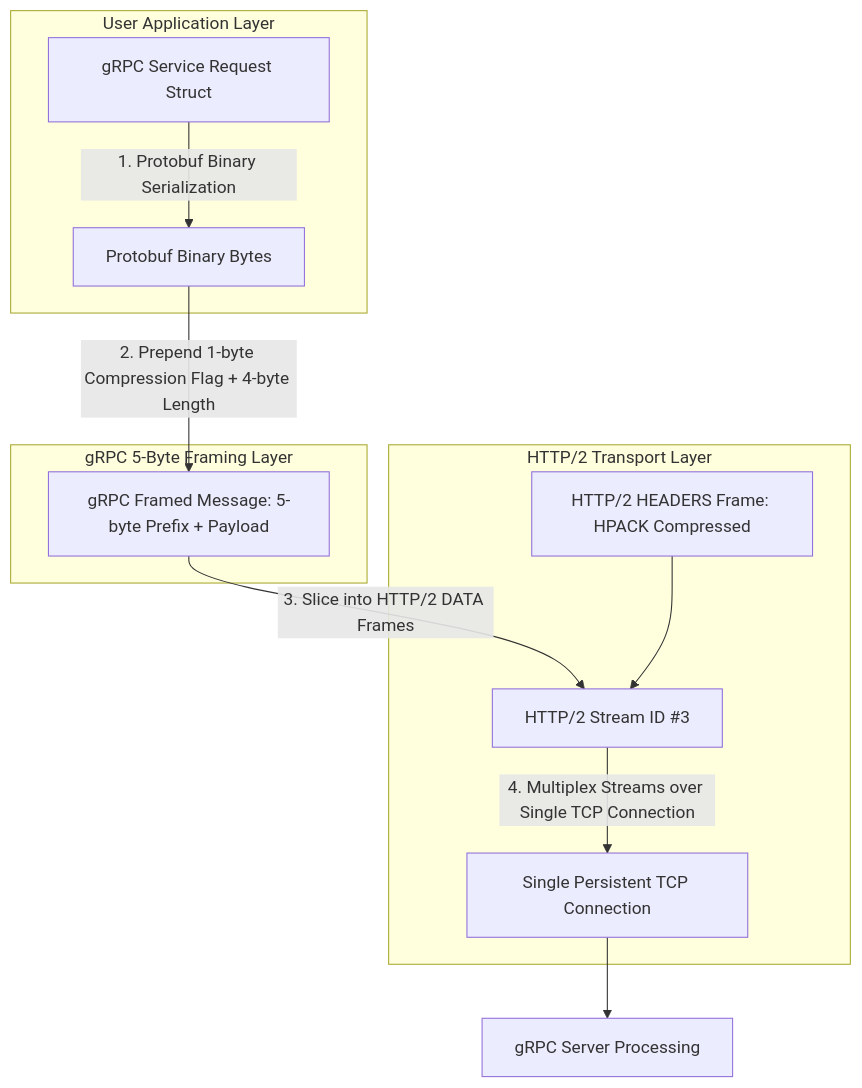
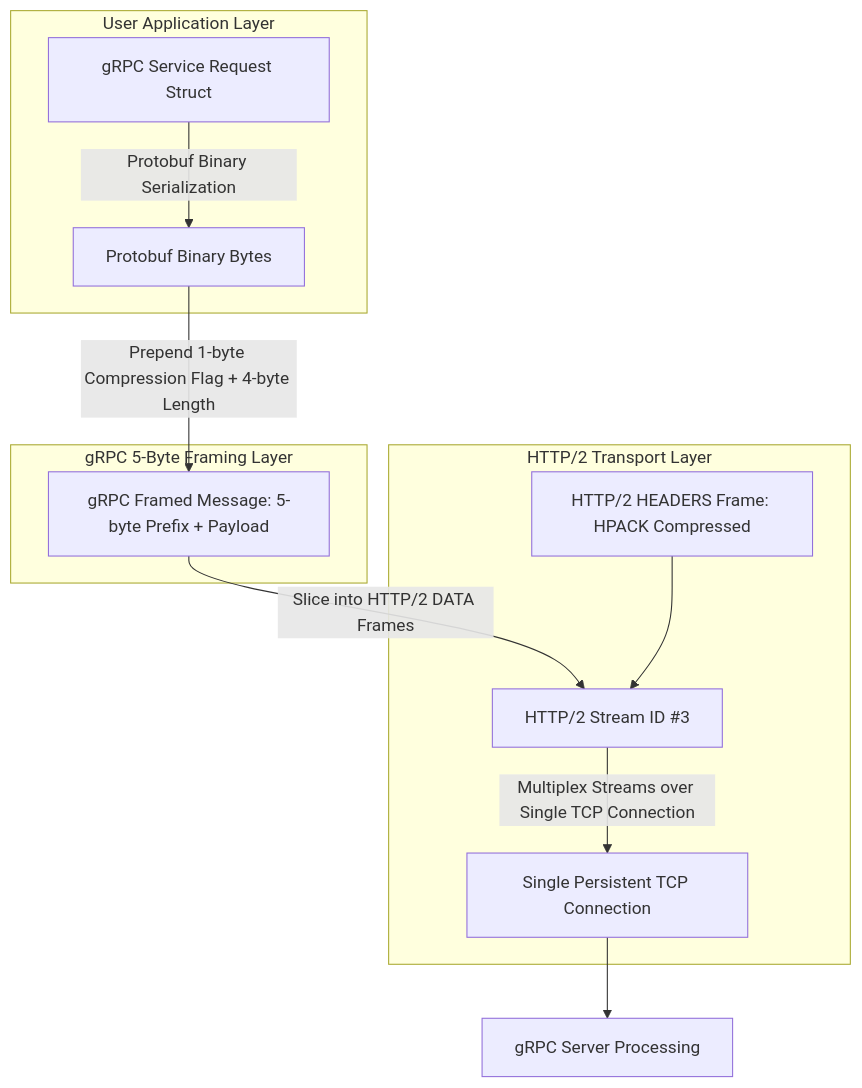
Before and after one commit to akmalkhaniub/akmalkhaniub.github.io: the diagram in blog/posts/protocol-buffers-grpc-streaming-multiplexed-http2-framing.md, drawn with Mermaid. The commit also changed 411 other files, not shown here.

````diff
--- a/blog/posts/protocol-buffers-grpc-streaming-multiplexed-http2-framing.md
+++ b/blog/posts/protocol-buffers-grpc-streaming-multiplexed-http2-framing.md
@@ -20,19 +20,19 @@
 ```mermaid
-graph TD
+flowchart TD
   subgraph SG1_UserApplicationLayer ["User Application Layer"]
-    Req[gRPC Service Request Struct] -->|1. Protobuf Binary Serialization| ProtoBytes[Protobuf Binary Bytes]
+    Req[gRPC Service Request Struct] -->|Protobuf Binary Serialization| ProtoBytes[Protobuf Binary Bytes]
   end
   
   subgraph SG2_Grpc5Byte ["gRPC 5-Byte Framing Layer"]
-    ProtoBytes -->|2. Prepend 1-byte Compression Flag + 4-byte Length| FramedMsg[gRPC Framed Message: 5-byte Prefix + Payload]
+    ProtoBytes -->|Prepend 1-byte Compression Flag + 4-byte Length| FramedMsg[gRPC Framed Message: 5-byte Prefix + Payload]
   end
   
   subgraph SG3_Http2Transport ["HTTP/2 Transport Layer"]
-    FramedMsg -->|3. Slice into HTTP/2 DATA Frames| H2_Stream[HTTP/2 Stream ID #3]
+    FramedMsg -->|Slice into HTTP/2 DATA Frames| H2_Stream[HTTP/2 Stream ID #3]
     H2_Headers[HTTP/2 HEADERS Frame: HPACK Compressed] --> H2_Stream
     
-    H2_Stream -->|4. Multiplex Streams over Single TCP Connection| TCP[Single Persistent TCP Connection]
+    H2_Stream -->|Multiplex Streams over Single TCP Connection| TCP[Single Persistent TCP Connection]
   end
   
   TCP --> Server[gRPC Server Processing]
 ```
````
